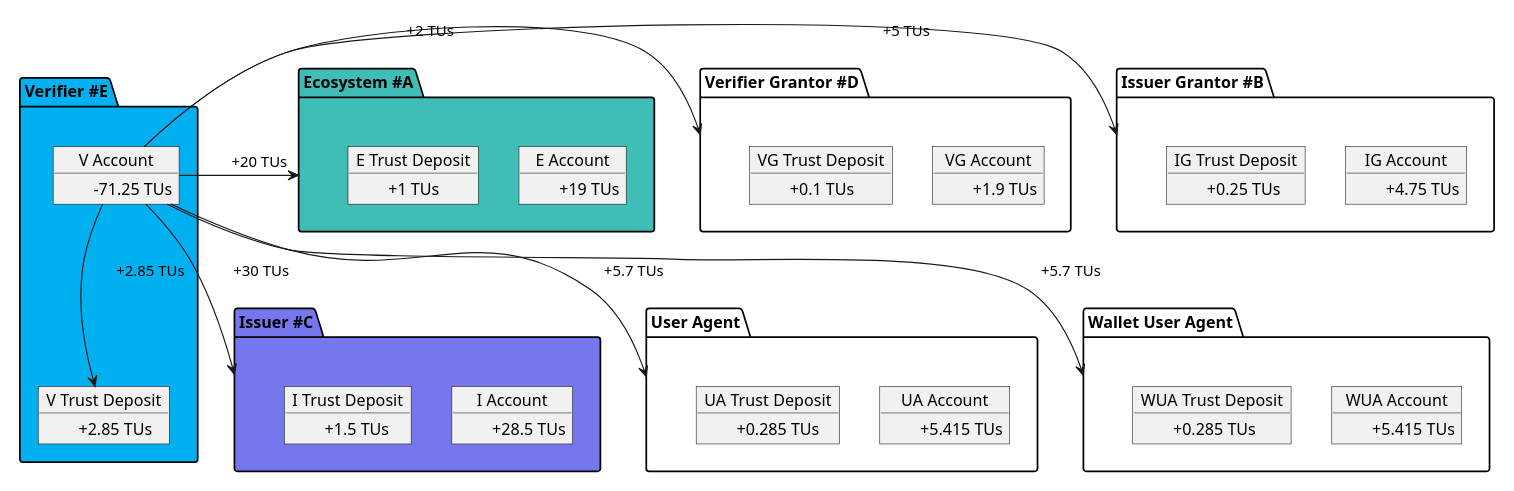
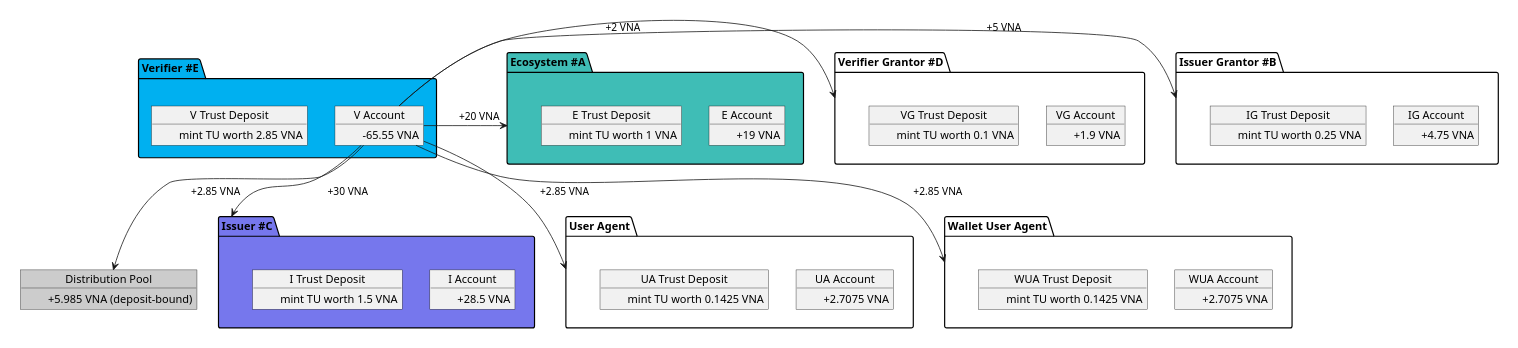
Diagram 12 of 21 in spec.md (verana-labs/verifiable-trust-vpr-spec), drawn with PlantUML before and after one commit. The commit also changed other lines of this file, not shown here.

First line of the commit message:
feat(spec): Model C — Participant deposit fields in TU, business models section rewritten

```diff
--- a/spec.md
+++ b/spec.md
@@ -958,81 +969,85 @@
 
 package "Ecosystem #A" as tr #3fbdb6 {
     object "E Account" as tra {
-         \t+19 TUs
+         \t+19 VNA
     }
     object "E Trust Deposit" as trtd {
-         \t+1 TUs
+         \tmint TU worth 1 VNA
     }
 }
 
 package "Issuer Grantor #B" as ig {
     object "IG Account" as iga {
-        \t+4.75 TUs
+        \t+4.75 VNA
     }
     object "IG Trust Deposit" as igtd {
-        \t+0.25 TUs
+        \tmint TU worth 0.25 VNA
     }
 }
 package "Issuer #C" as issuer #7677ed {
     object "I Account" as issuera {
-         \t+28.5 TUs
+         \t+28.5 VNA
     }
     object "I Trust Deposit" as issuertd {
-         \t+1.5 TUs
+         \tmint TU worth 1.5 VNA
     }
 
 }
 package "Verifier Grantor #D" as vg {
     object "VG Account" as vga {
-        \t+1.9 TUs
+        \t+1.9 VNA
     }
     object "VG Trust Deposit" as vgtd {
-        \t+0.1 TUs
+        \tmint TU worth 0.1 VNA
     }
 
 }
 package "Verifier #E" as verifier #00b0f0 {
     object "V Account" as verifiera {
-        \t-71.25 TUs
+        \t-65.55 VNA
     }
     object "V Trust Deposit" as verifiertd {
-        \t+2.85 TUs
+        \tmint TU worth 2.85 VNA
     }
 
 }
 package "User Agent" as ua {
     object "UA Account" as uaa {
-         \t+5.415 TUs
+         \t+2.7075 VNA
     }
     object "UA Trust Deposit" as uatd {
-        \t+0.285 TUs
+        \tmint TU worth 0.1425 VNA
     }
 
 }
 package "Wallet User Agent" as wua {
     object "WUA Account" as wuaa {
-         \t+5.415 TUs
+         \t+2.7075 VNA
     }
     object "WUA Trust Deposit" as wuatd {
-        \t+0.285 TUs
+        \tmint TU worth 0.1425 VNA
     }
 
 }
 
+object "Distribution Pool" as pool #cccccc {
+    \t+5.985 VNA (deposit-bound)
+}
 
-verifiera -r-> tr: \t+20 TUs
 
-verifiera -r-> vg: \t+2 TUs
+verifiera -r-> tr: \t+20 VNA
 
-verifiera -r-> ig: \t+5 TUs
+verifiera -r-> vg: \t+2 VNA
 
-verifiera -d-> issuer: \t+30 TUs
+verifiera -r-> ig: \t+5 VNA
 
-verifiera -d-> ua: \t+5.7 TUs
+verifiera -d-> issuer: \t+30 VNA
 
-verifiera -d-> wua: \t+5.7 TUs
+verifiera -d-> ua: \t+2.85 VNA
 
-verifiera --> verifiertd:  \t+2.85 TUs
+verifiera -d-> wua: \t+2.85 VNA
+
+verifiera --> pool:  \t+2.85 VNA
 
 @enduml
 
```
